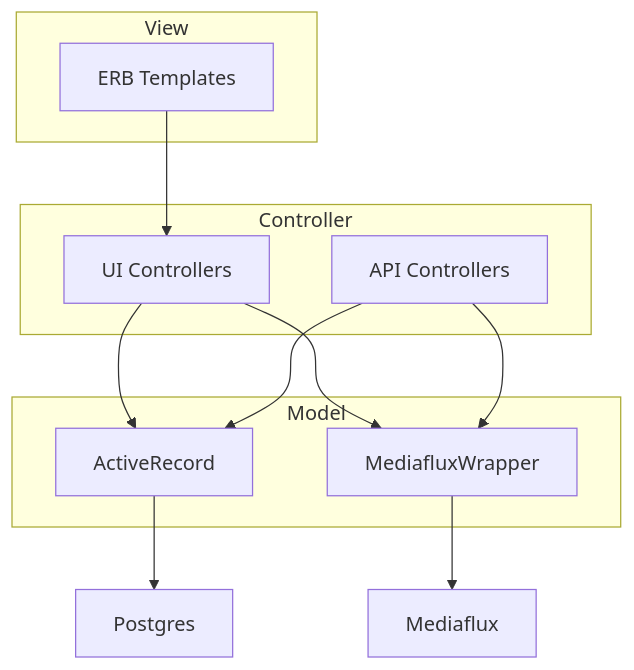
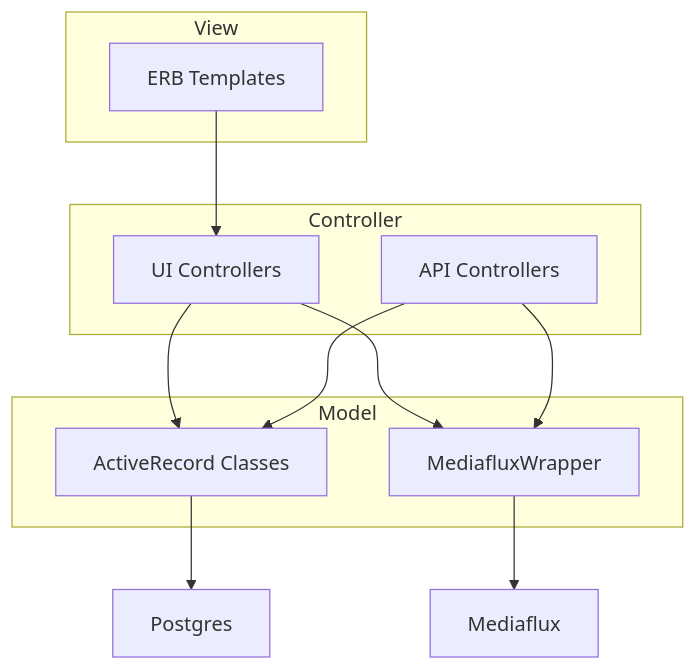
The second of 2 diagrams in README.md (pulibrary/tigerdata-app), drawn with Mermaid before and after one commit.

Commit message:
redo diagram for consistency

````diff
--- a/README.md
+++ b/README.md
@@ -43,22 +43,22 @@
 ```mermaid
 flowchart TD
-  guiv[ERB Templates] --> guic[UI Controllers] --> ActiveRecord & MediafluxWrapper
-  apic[API Controllers] --> ActiveRecord & MediafluxWrapper
+  guiv --> guic --> ar & mf
+  apic --> ar & mf
 
   subgraph View
-  guiv
+  guiv[ERB Templates]
   end
 
   subgraph Controller
-  guic
-  apic
+  guic[UI Controllers]
+  apic[API Controllers]
   end
 
   subgraph Model
-  ActiveRecord
-  MediafluxWrapper
+  ar[ActiveRecord Classes]
+  mf[MediafluxWrapper]
   end
 
-  ActiveRecord --> Postgres
-  MediafluxWrapper --> Mediaflux
+  ar --> Postgres
+  mf --> Mediaflux
 ```
````
